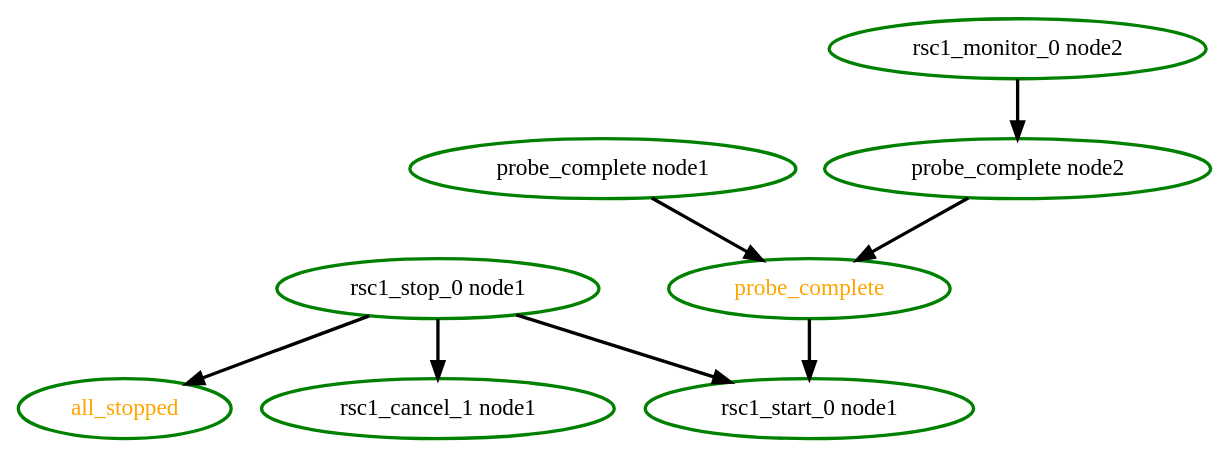
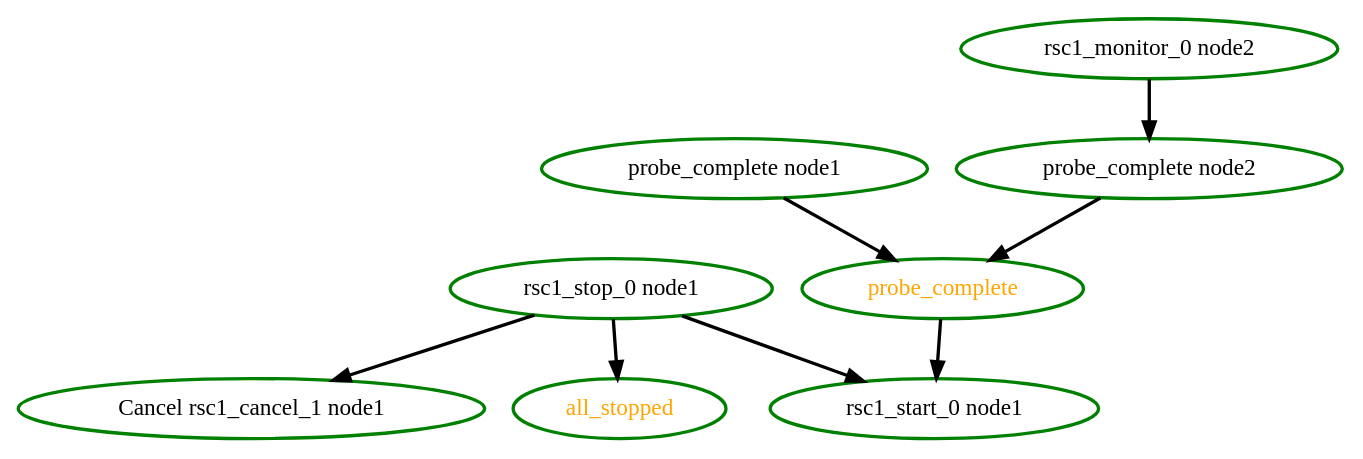
The diagram in pengine/testcases/rec-rsc-2.dot (linux-ha-japan/pm_diskd), drawn with Graphviz before and after one commit. The commit also changed 8 other files, not shown here.

Commit message:
Low: PE: Clearly indicate which actions are being cancelled in the dot graph

```diff
--- a/pengine/testcases/rec-rsc-2.dot
+++ b/pengine/testcases/rec-rsc-2.dot
@@ -1,17 +1,17 @@
  digraph "g" {
+"Cancel rsc1_cancel_1 node1" [ style=bold color="green" fontcolor="black"  ]
 "all_stopped" [ style=bold color="green" fontcolor="orange"  ]
 "probe_complete node1" -> "probe_complete" [ style = bold]
 "probe_complete node1" [ style=bold color="green" fontcolor="black" ]
 "probe_complete node2" -> "probe_complete" [ style = bold]
 "probe_complete node2" [ style=bold color="green" fontcolor="black" ]
 "probe_complete" -> "rsc1_start_0 node1" [ style = bold]
 "probe_complete" [ style=bold color="green" fontcolor="orange" ]
-"rsc1_cancel_1 node1" [ style=bold color="green" fontcolor="black" ]
 "rsc1_monitor_0 node2" -> "probe_complete node2" [ style = bold]
 "rsc1_monitor_0 node2" [ style=bold color="green" fontcolor="black" ]
 "rsc1_start_0 node1" [ style=bold color="green" fontcolor="black" ]
+"rsc1_stop_0 node1" -> "Cancel rsc1_cancel_1 node1" [ style = bold]
 "rsc1_stop_0 node1" -> "all_stopped" [ style = bold]
-"rsc1_stop_0 node1" -> "rsc1_cancel_1 node1" [ style = bold]
 "rsc1_stop_0 node1" -> "rsc1_start_0 node1" [ style = bold]
 "rsc1_stop_0 node1" [ style=bold color="green" fontcolor="black" ]
 }
```
